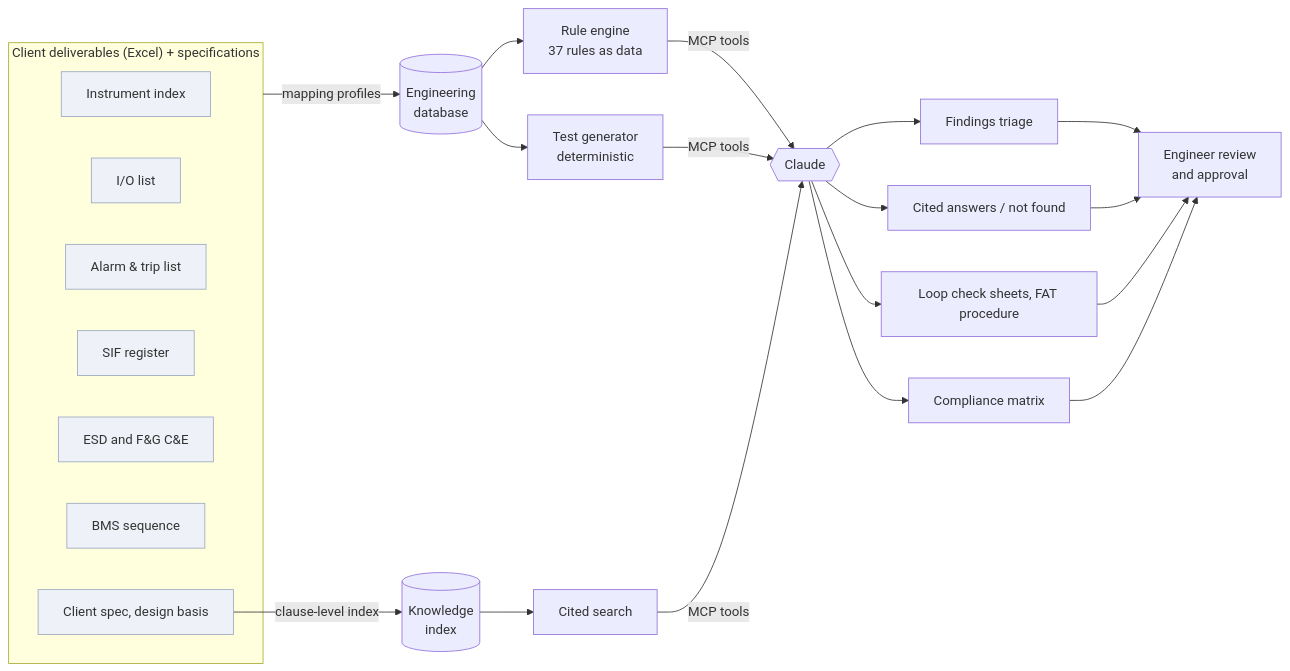
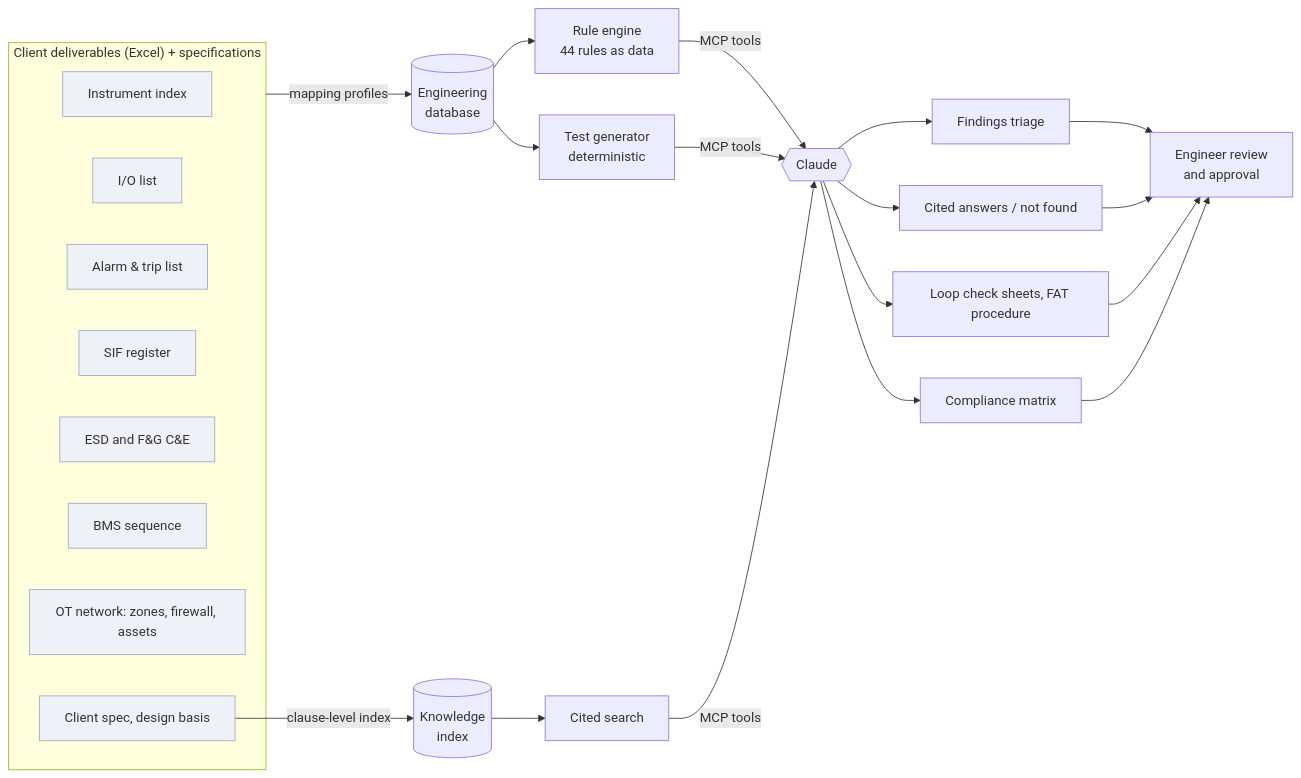
One commit to BerhaneKdane/ic-copilot-showcase changed the diagram in README.md. Above: the diagram before and after it, drawn with Mermaid. The commit also changed other lines of this file and 2 other files, not shown here.

First line of the commit message:
Update showcase to network slice: IEC 62443 checks and tests, 47/47, 44 rules

````diff
--- a/README.md
+++ b/README.md
@@ -34,24 +34,25 @@
 ```mermaid
 flowchart LR
     subgraph Inputs["Client deliverables (Excel) + specifications"]
         A1[Instrument index]:::d
         A2[I/O list]:::d
         A3[Alarm & trip list]:::d
         A4[SIF register]:::d
         A5[ESD and F&G C&E]:::d
         A6[BMS sequence]:::d
+        A8[OT network: zones, firewall, assets]:::d
         A7[Client spec, design basis]:::d
     end
     Inputs -->|mapping profiles| DB[(Engineering<br/>database)]
     A7 -->|clause-level index| KB[(Knowledge<br/>index)]
-    DB --> R[Rule engine<br/>37 rules as data]
+    DB --> R[Rule engine<br/>44 rules as data]
     DB --> G[Test generator<br/>deterministic]
     KB --> S[Cited search]
     R & G & S -->|MCP tools| C{{Claude}}
     C --> O1[Findings triage]
     C --> O2[Cited answers / not found]
     C --> O3[Loop check sheets, FAT procedure]
     C --> O4[Compliance matrix]
     O1 & O2 & O3 & O4 --> E[Engineer review<br/>and approval]
     classDef d fill:#eef2f8,stroke:#9aa8bf
 ```
````
